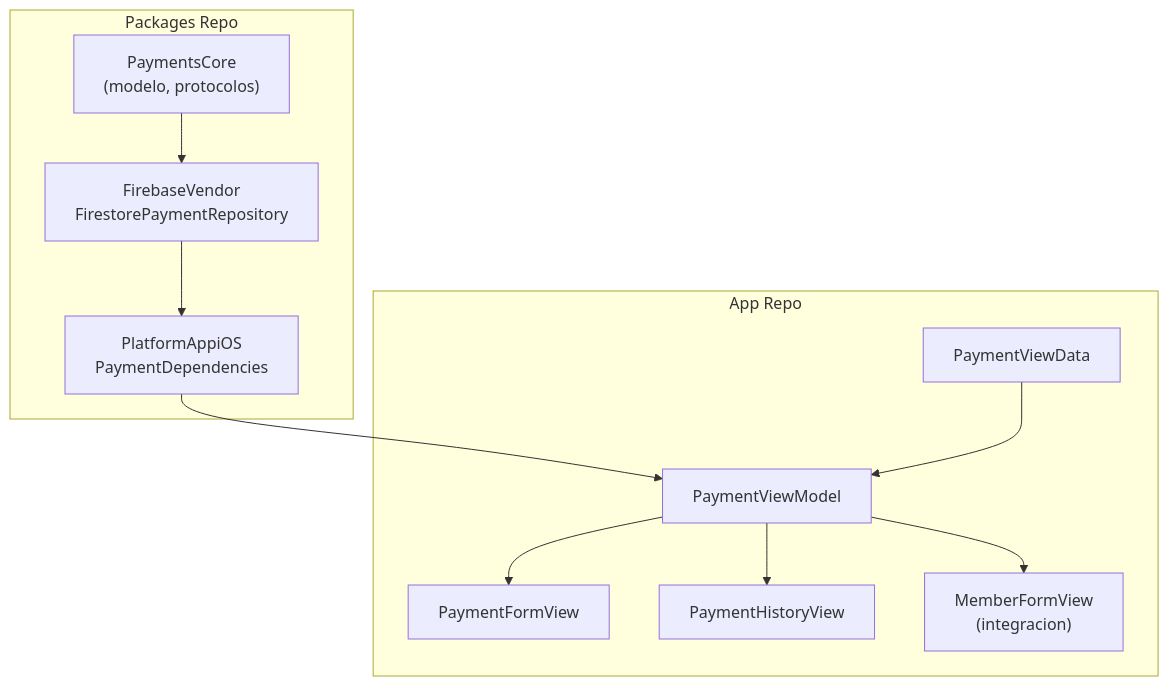
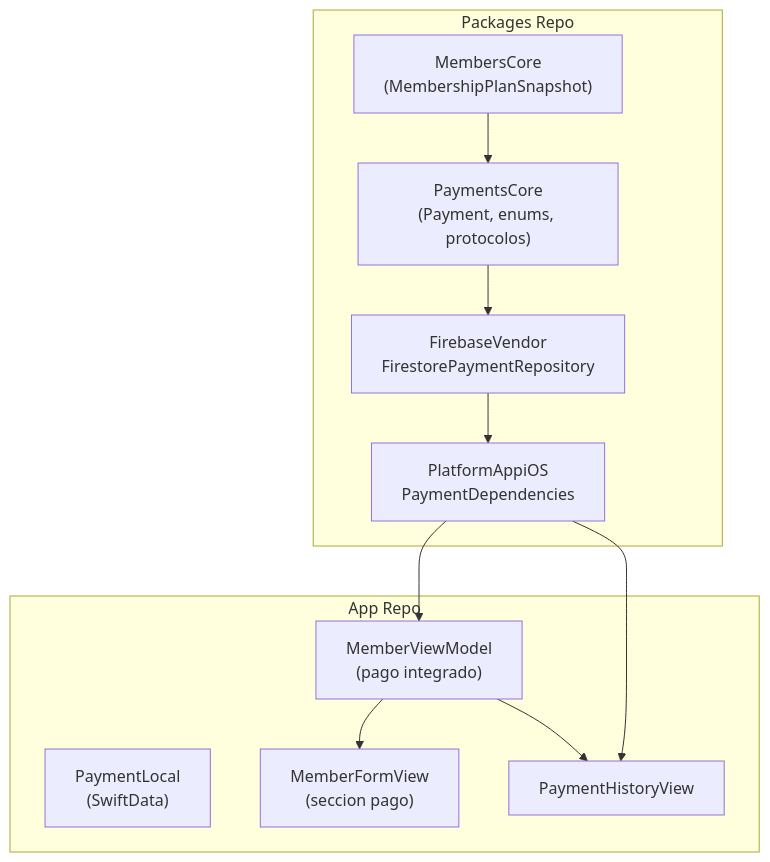
One commit to fsaldivar-dev/sajarubox-mcp changed the diagram in knowledge/ios-implementation/08-payment-module.md. Above: the diagram before and after it, drawn with Mermaid. The commit also changed other lines of this file and 4 other files, not shown here.

````diff
--- a/knowledge/ios-implementation/08-payment-module.md
+++ b/knowledge/ios-implementation/08-payment-module.md
@@ -13,23 +13,23 @@
 ```mermaid
 flowchart TD
     subgraph packages ["Packages Repo"]
-        PaymentsCore["PaymentsCore\n(modelo, protocolos)"]
+        MembersCore["MembersCore\n(MembershipPlanSnapshot)"]
+        PaymentsCore["PaymentsCore\n(Payment, enums, protocolos)"]
         FirestorePaymentRepo["FirebaseVendor\nFirestorePaymentRepository"]
         PaymentDeps["PlatformAppiOS\nPaymentDependencies"]
+        MembersCore --> PaymentsCore
         PaymentsCore --> FirestorePaymentRepo
         FirestorePaymentRepo --> PaymentDeps
     end
 
     subgraph app ["App Repo"]
-        PaymentViewData["PaymentViewData"]
-        PaymentVM["PaymentViewModel"]
-        PaymentForm["PaymentFormView"]
+        PaymentLocal["PaymentLocal\n(SwiftData)"]
+        MemberVM["MemberViewModel\n(pago integrado)"]
+        MemberForm["MemberFormView\n(seccion pago)"]
         PaymentHistory["PaymentHistoryView"]
-        MemberForm["MemberFormView\n(integracion)"]
-        PaymentDeps --> PaymentVM
-        PaymentViewData --> PaymentVM
-        PaymentVM --> PaymentForm
-        PaymentVM --> PaymentHistory
-        PaymentVM --> MemberForm
+        PaymentDeps --> MemberVM
+        PaymentDeps --> PaymentHistory
+        MemberVM --> MemberForm
+        MemberVM --> PaymentHistory
     end
 ```
````
